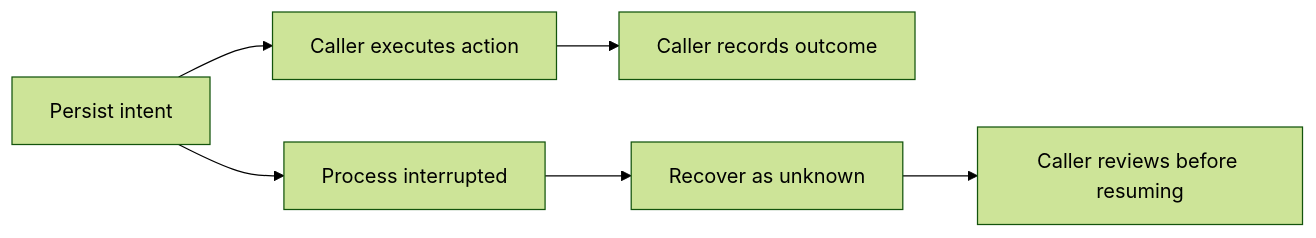
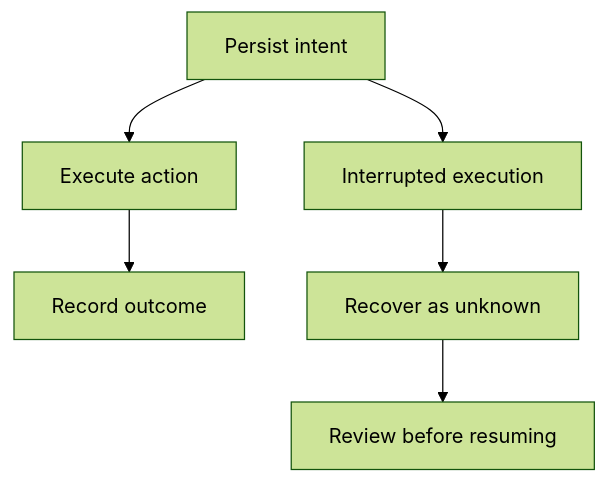
Before and after one commit to Advaita-G/onyx-engineering: the diagram in README.md, drawn with Mermaid (forest theme). The commit also changed other lines of this file, not shown here.

````diff
--- a/README.md
+++ b/README.md
@@ -24,8 +15,8 @@
 ```mermaid
-flowchart LR
-    Intent["Persist intent"] --> Execute["Caller executes action"]
-    Execute --> Finish["Caller records outcome"]
-    Intent --> Crash["Process interrupted"]
+flowchart TD
+    Intent["Persist intent"] --> Execute["Execute action"]
+    Execute --> Finish["Record outcome"]
+    Intent --> Crash["Interrupted execution"]
     Crash --> Recover["Recover as unknown"]
-    Recover --> Review["Caller reviews before resuming"]
+    Recover --> Review["Review before resuming"]
 ```
````
